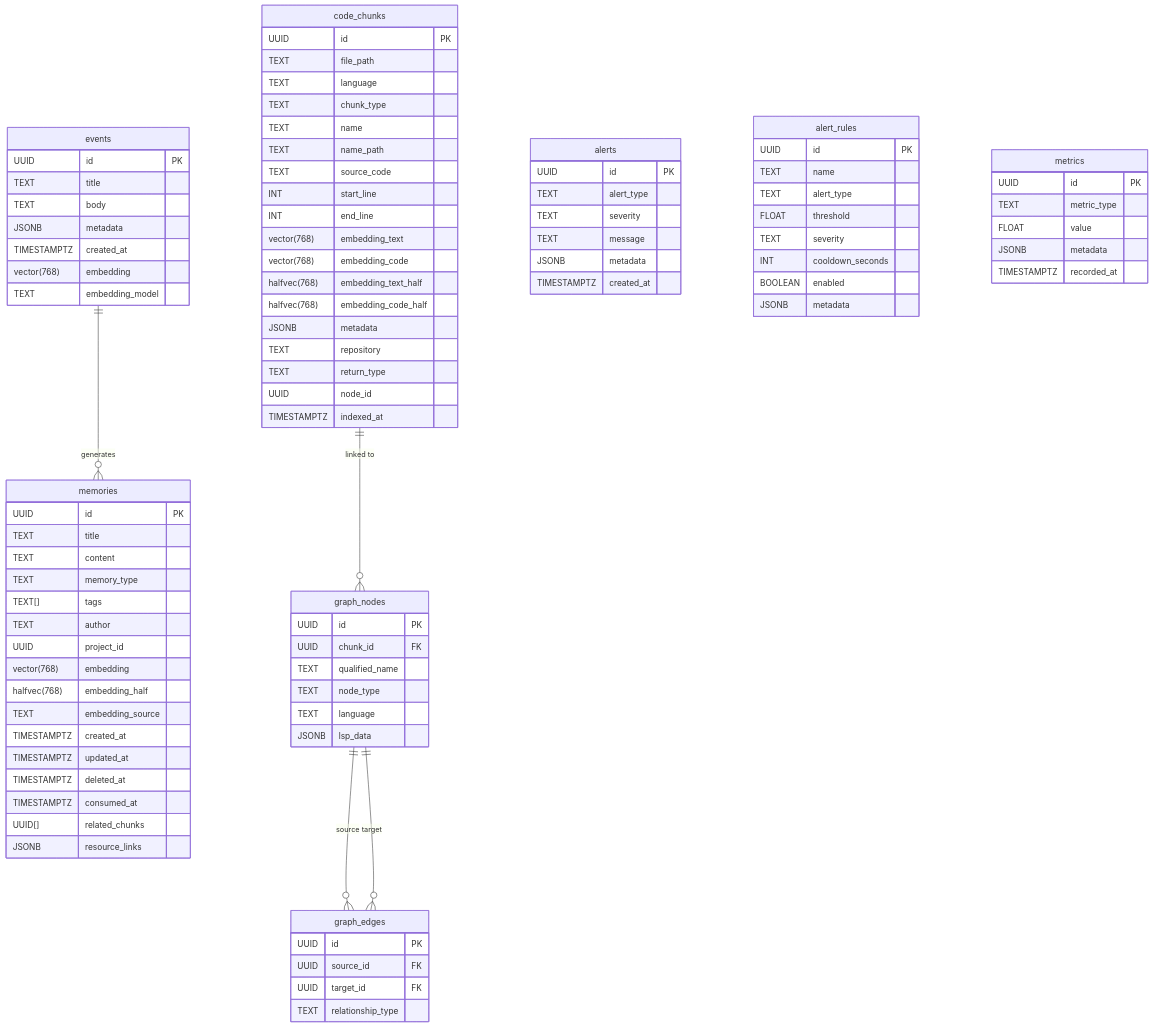
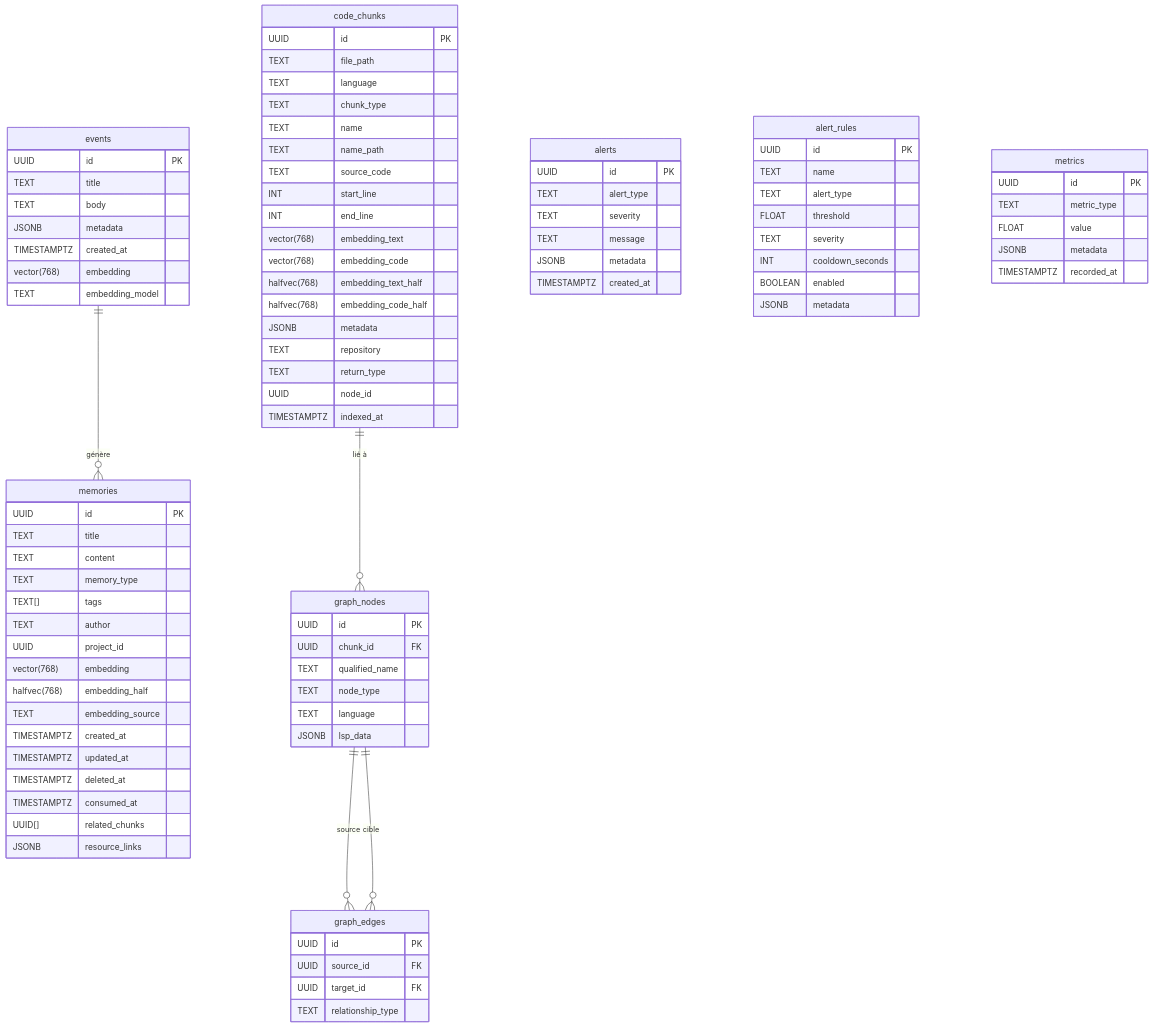
The seventh of 10 diagrams in docs/ARCHITECTURE.md (giak/mnemo-lite), drawn with Mermaid before and after one commit. The commit also changed other lines of this file and 1 other file, not shown here.

First line of the commit message:
docs: réécrire architecture en français avec diagrammes Mermaid valides

````diff
--- a/docs/ARCHITECTURE.md
+++ b/docs/ARCHITECTURE.md
@@ -395,8 +357,8 @@
         TIMESTAMPTZ recorded_at
     }
 
-    events ||--o{ memories : "generates"
-    code_chunks ||--o{ graph_nodes : "linked to"
+    events ||--o{ memories : "génère"
+    code_chunks ||--o{ graph_nodes : "lié à"
     graph_nodes ||--o{ graph_edges : "source"
-    graph_nodes ||--o{ graph_edges : "target"
+    graph_nodes ||--o{ graph_edges : "cible"
 ```
````
